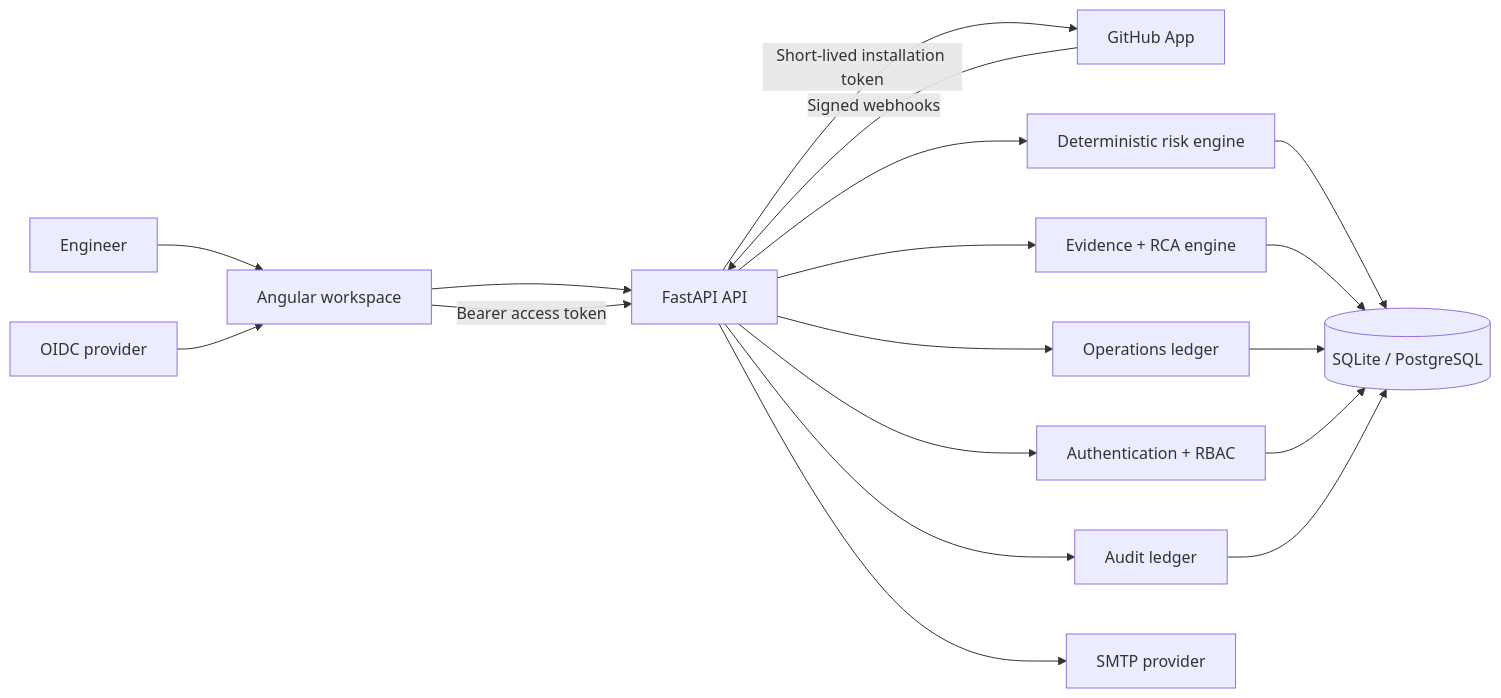
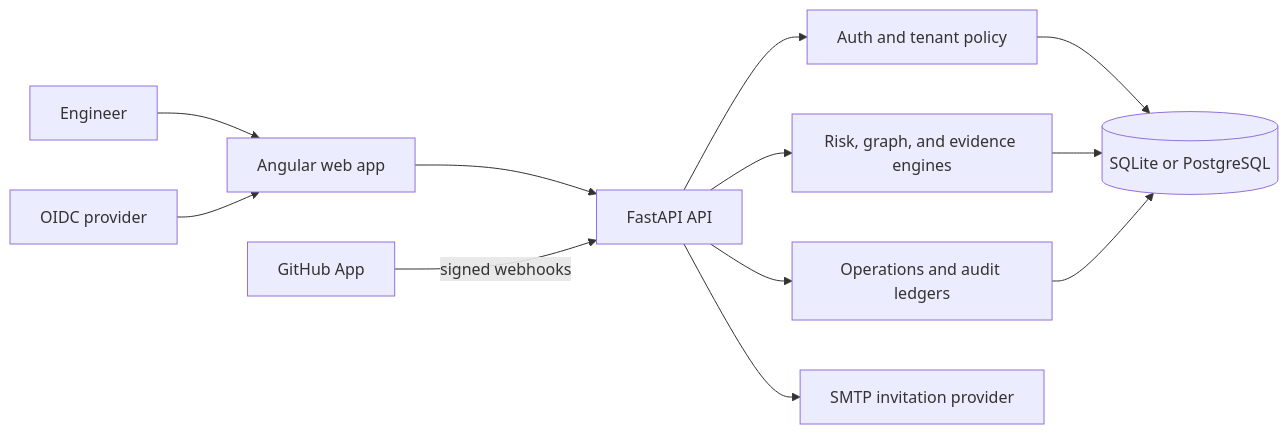
The second of 2 diagrams in README.md (kingggg5/deployguardai), drawn with Mermaid before and after one commit. The commit also changed other lines of this file and 20 other files, not shown here.

````diff
--- a/README.md
+++ b/README.md
@@ -126,25 +78,14 @@
 ```mermaid
 flowchart LR
-    User["Engineer"] --> UI["Angular workspace"]
-    UI --> API["FastAPI API"]
-
-    IdP["OIDC provider"] --> UI
-    UI -->|"Bearer access token"| API
-
-    GitHub["GitHub App"] -->|"Signed webhooks"| API
-    API -->|"Short-lived installation token"| GitHub
-
-    API --> Auth["Authentication + RBAC"]
-    API --> Risk["Deterministic risk engine"]
-    API --> RCA["Evidence + RCA engine"]
-    API --> Ops["Operations ledger"]
-    API --> Audit["Audit ledger"]
-
-    Risk --> DB[("SQLite / PostgreSQL")]
-    RCA --> DB
+    Engineer["Engineer"] --> Web["Angular web app"]
+    Web --> API["FastAPI API"]
+    OIDC["OIDC provider"] --> Web
+    GitHub["GitHub App"] -->|"signed webhooks"| API
+    API --> Auth["Auth and tenant policy"]
+    API --> Engines["Risk, graph, and evidence engines"]
+    API --> Ops["Operations and audit ledgers"]
+    Auth --> DB[("SQLite or PostgreSQL")]
+    Engines --> DB
     Ops --> DB
-    Auth --> DB
-    Audit --> DB
-
-    API --> SMTP["SMTP provider"]
+    API --> SMTP["SMTP invitation provider"]
 ```
````
